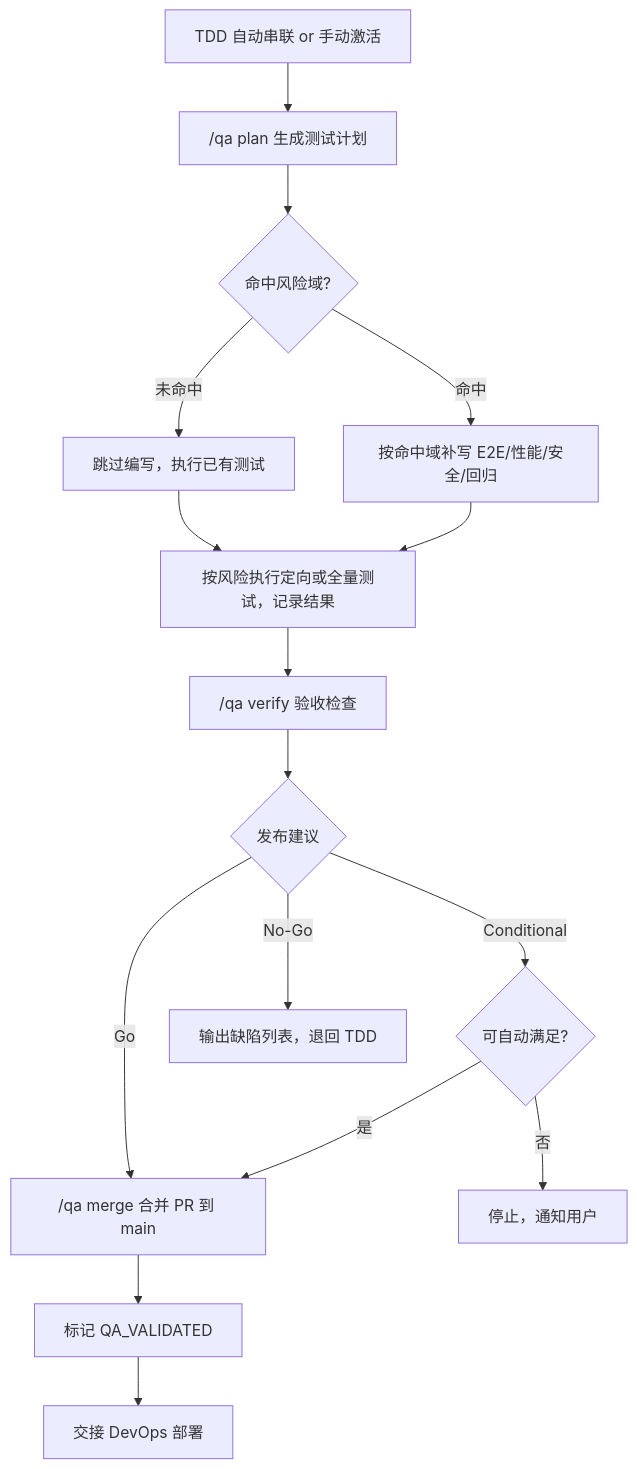
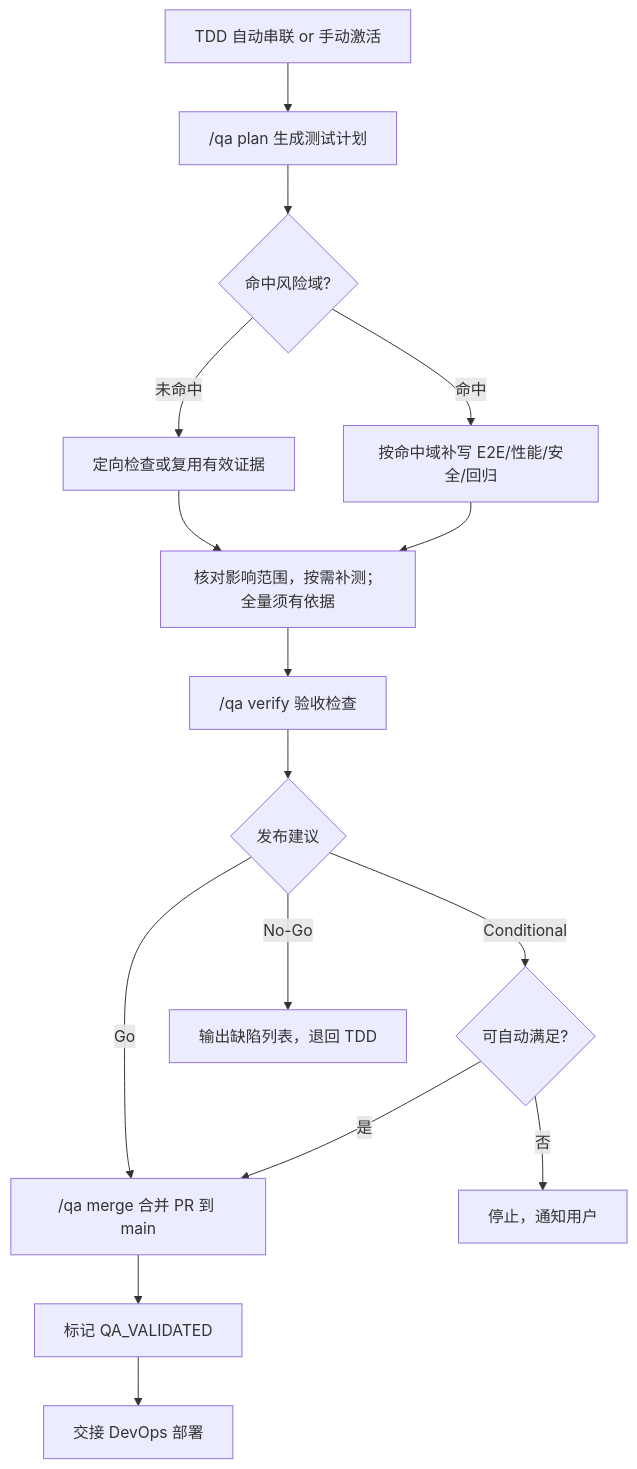
One commit to hollisyao2024/PromptsEngineering changed the diagram in AgentRoles/Handbooks/QA-TESTING-EXPERT.playbook.md. Above: the diagram before and after it, drawn with Mermaid. The commit also changed other lines of this file and 4 other files, not shown here.

````diff
--- a/AgentRoles/Handbooks/QA-TESTING-EXPERT.playbook.md
+++ b/AgentRoles/Handbooks/QA-TESTING-EXPERT.playbook.md
@@ -328,18 +331,18 @@
 ```mermaid
 flowchart TD
     A[TDD 自动串联 or 手动激活] --> B["/qa plan 生成测试计划"]
     B --> B1{命中风险域?}
-    B1 -->|未命中| B2[跳过编写，执行已有测试]
+    B1 -->|未命中| B2[定向检查或复用有效证据]
     B1 -->|命中| B3["按命中域补写 E2E/性能/安全/回归"]
-    B2 --> C["按风险执行定向或全量测试，记录结果"]
+    B2 --> C["核对影响范围，按需补测；全量须有依据"]
     B3 --> C
     C --> D["/qa verify 验收检查"]
     D --> E{发布建议}
     E -->|Go| F["/qa merge 合并 PR 到 main"]
     E -->|Conditional| G{可自动满足?}
     G -->|是| F
     G -->|否| STOP[停止，通知用户]
     E -->|No-Go| H["输出缺陷列表，退回 TDD"]
     F --> I[标记 QA_VALIDATED]
     I --> J[交接 DevOps 部署]
 ```
````
